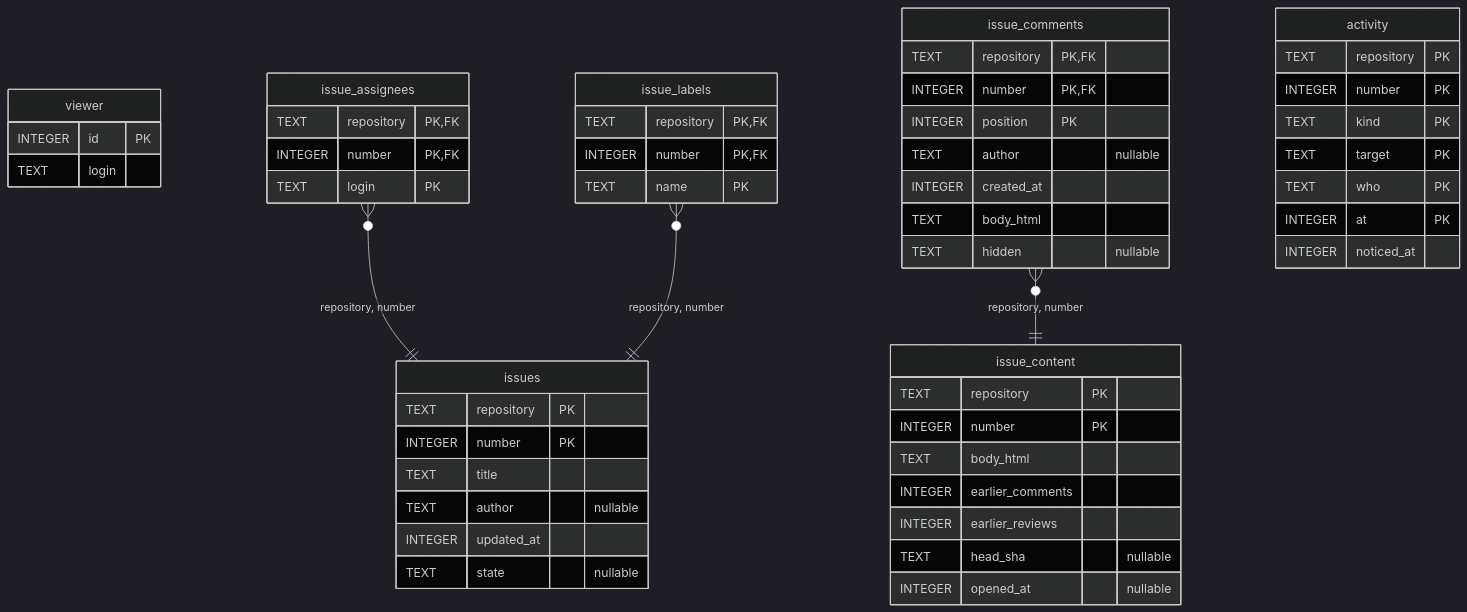
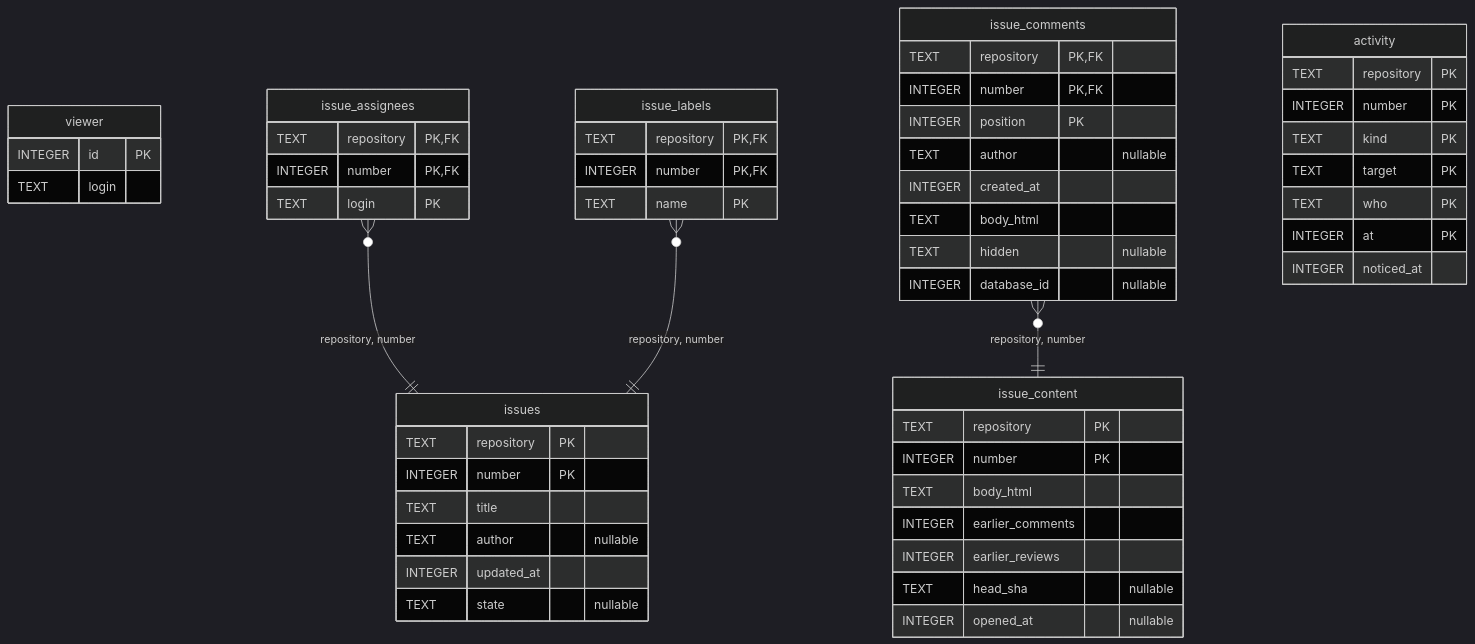
One commit to tsugiki/tsugiki changed the second of 4 diagrams in docs/schema.md. Above: the diagram before and after it, drawn with Mermaid (dark theme). The commit also changed other lines of this file and 30 other files, not shown here.

````diff
--- a/docs/schema.md
+++ b/docs/schema.md
@@ -129,55 +131,56 @@
 ```mermaid
 erDiagram
     viewer {
         INTEGER id PK
         TEXT login
     }
     issues {
         TEXT repository PK
         INTEGER number PK
         TEXT title
         TEXT author "nullable"
         INTEGER updated_at
         TEXT state "nullable"
     }
     issue_assignees {
         TEXT repository PK, FK
         INTEGER number PK, FK
         TEXT login PK
     }
     issue_labels {
         TEXT repository PK, FK
         INTEGER number PK, FK
         TEXT name PK
     }
     issue_content {
         TEXT repository PK
         INTEGER number PK
         TEXT body_html
         INTEGER earlier_comments
         INTEGER earlier_reviews
         TEXT head_sha "nullable"
         INTEGER opened_at "nullable"
     }
     issue_comments {
         TEXT repository PK, FK
         INTEGER number PK, FK
         INTEGER position PK
         TEXT author "nullable"
         INTEGER created_at
         TEXT body_html
         TEXT hidden "nullable"
+        INTEGER database_id "nullable"
     }
     activity {
         TEXT repository PK
         INTEGER number PK
         TEXT kind PK
         TEXT target PK
         TEXT who PK
         INTEGER at PK
         INTEGER noticed_at
     }
     issue_assignees }o--|| issues : "repository, number"
     issue_labels }o--|| issues : "repository, number"
     issue_comments }o--|| issue_content : "repository, number"
 ```
````
